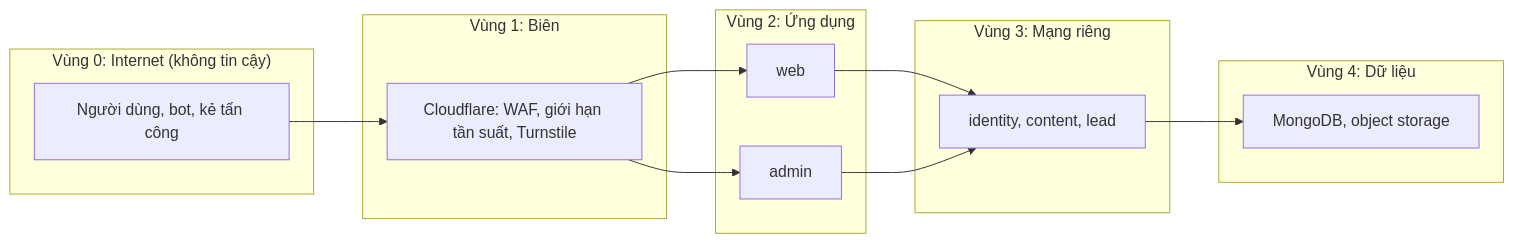
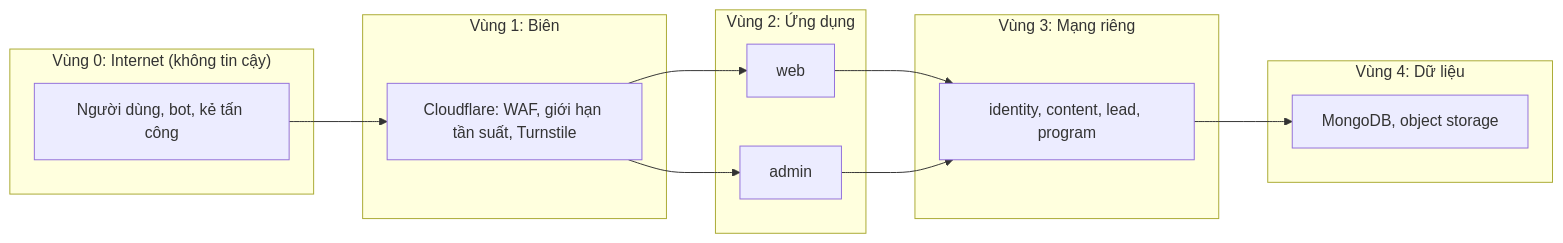
Before and after one commit to vctrong/lavieco: the sixth of 7 diagrams in docs/02-kien-truc.md, drawn with Mermaid. The commit also changed other lines of this file and 6 other files, not shown here.

````diff
--- a/docs/02-kien-truc.md
+++ b/docs/02-kien-truc.md
@@ -463,24 +465,24 @@
 ```mermaid
 flowchart LR
   subgraph z0["Vùng 0: Internet (không tin cậy)"]
     u["Người dùng, bot, kẻ tấn công"]
   end
   subgraph z1["Vùng 1: Biên"]
     e["Cloudflare: WAF, giới hạn tần suất, Turnstile"]
   end
   subgraph z2["Vùng 2: Ứng dụng"]
     w["web"]
     a["admin"]
   end
   subgraph z3["Vùng 3: Mạng riêng"]
-    s["identity, content, lead"]
+    s["identity, content, lead, program"]
   end
   subgraph z4["Vùng 4: Dữ liệu"]
     d["MongoDB, object storage"]
   end
   u --> e --> w
   e --> a
   w --> s
   a --> s
   s --> d
 ```
````
